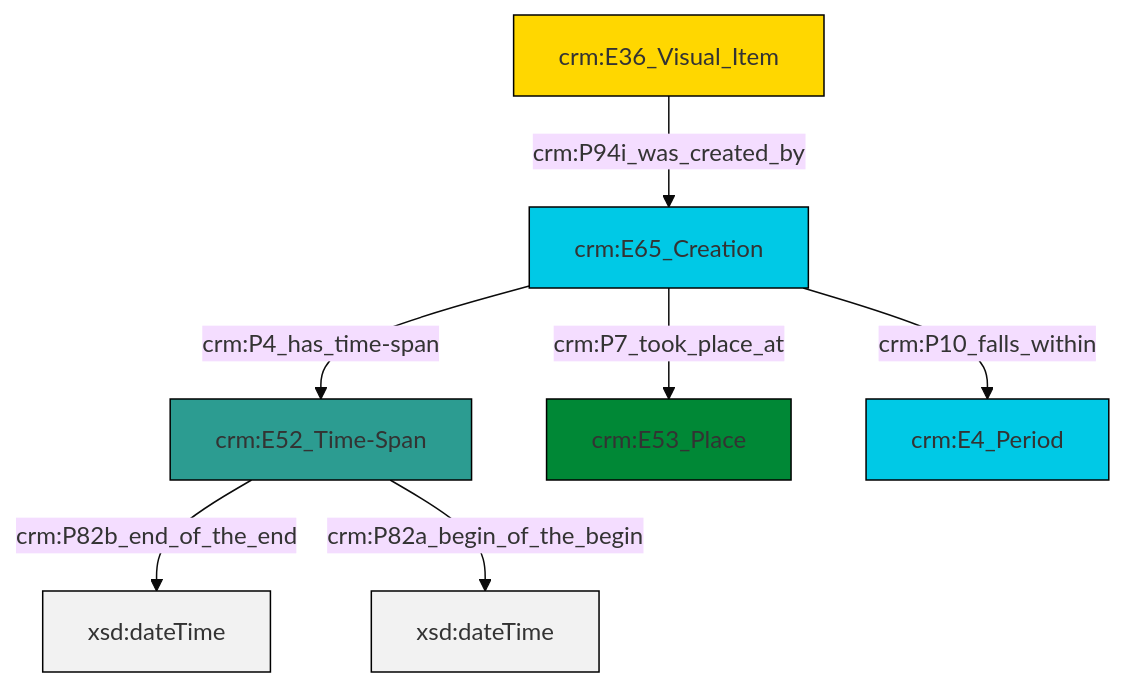
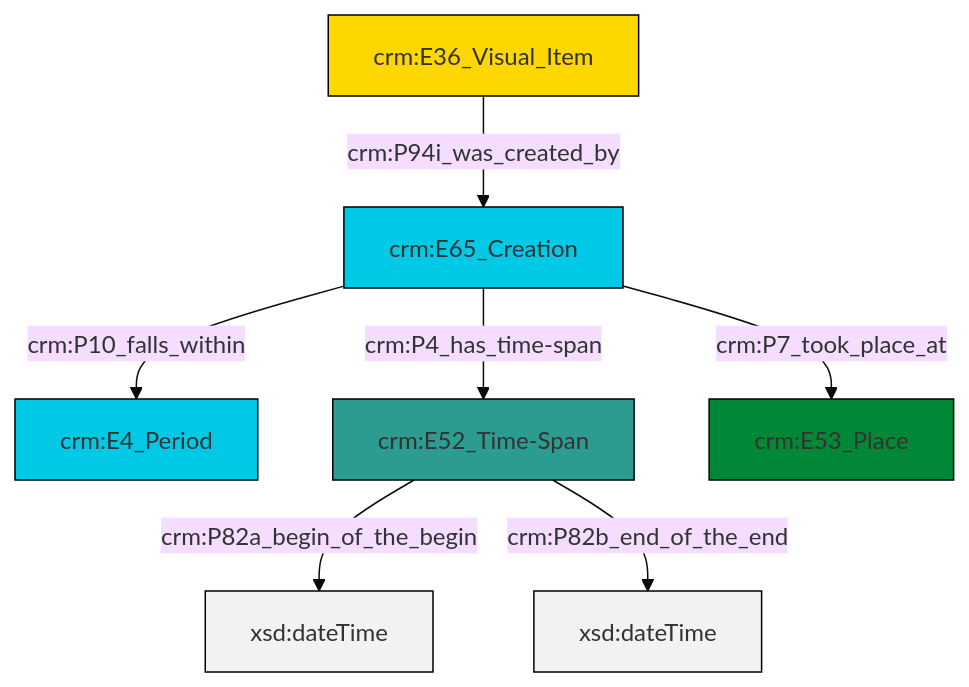
One commit to swiss-art-research-net/docs.swissartresearch changed the diagram in et/imgCSV/ttl/mmd/img_existence.ttl.mmd. Above: the diagram before and after it, drawn with Mermaid (base theme). The commit also changed 205 other files, not shown here.

```diff
--- a/et/imgCSV/ttl/mmd/img_existence.ttl.mmd
+++ b/et/imgCSV/ttl/mmd/img_existence.ttl.mmd
@@ -1,21 +1,21 @@
 graph TD
 classDef Literal fill:#f2f2f2,stroke:#000000;
 classDef CRM_Entity fill:#FFFFFF,stroke:#000000;
 classDef Temporal_Entity fill:#00C9E6, stroke:#000000;
 classDef Type fill:#E18312, stroke:#000000;
 classDef Time-Span fill:#2C9C91, stroke:#000000;
 classDef Appellation fill:#FFEB7F, stroke:#000000;
 classDef Place fill:#008836, stroke:#000000;
 classDef Persistent_Item fill:#B266B2, stroke:#000000;
 classDef Conceptual_Object fill:#FFD700, stroke:#000000;
 classDef Physical_Thing fill:#D2B48C, stroke:#000000;
 classDef Actor fill:#f58aad, stroke:#000000;
 classDef PC_Classes fill:#4ce600, stroke:#000000;
 classDef Multi fill:#cccccc,stroke:#000000;
 
 2["crm:E65_Creation"]:::Temporal_Entity -->|crm:P4_has_time-span| 3["crm:E52_Time-Span"]:::Time-Span
-0["crm:E36_Visual_Item"]:::Conceptual_Object -->|crm:P94i_was_created_by| 2["crm:E65_Creation"]:::Temporal_Entity
-3["crm:E52_Time-Span"]:::Time-Span -->|crm:P82b_end_of_the_end| 4[xsd:dateTime]:::Literal
 2["crm:E65_Creation"]:::Temporal_Entity -->|crm:P7_took_place_at| 5["crm:E53_Place"]:::Place
 3["crm:E52_Time-Span"]:::Time-Span -->|crm:P82a_begin_of_the_begin| 8[xsd:dateTime]:::Literal
-2["crm:E65_Creation"]:::Temporal_Entity -->|crm:P10_falls_within| 9["crm:E4_Period"]:::Temporal_Entity
+3["crm:E52_Time-Span"]:::Time-Span -->|crm:P82b_end_of_the_end| 9[xsd:dateTime]:::Literal
+6["crm:E36_Visual_Item"]:::Conceptual_Object -->|crm:P94i_was_created_by| 2["crm:E65_Creation"]:::Temporal_Entity
+2["crm:E65_Creation"]:::Temporal_Entity -->|crm:P10_falls_within| 0["crm:E4_Period"]:::Temporal_Entity
```
